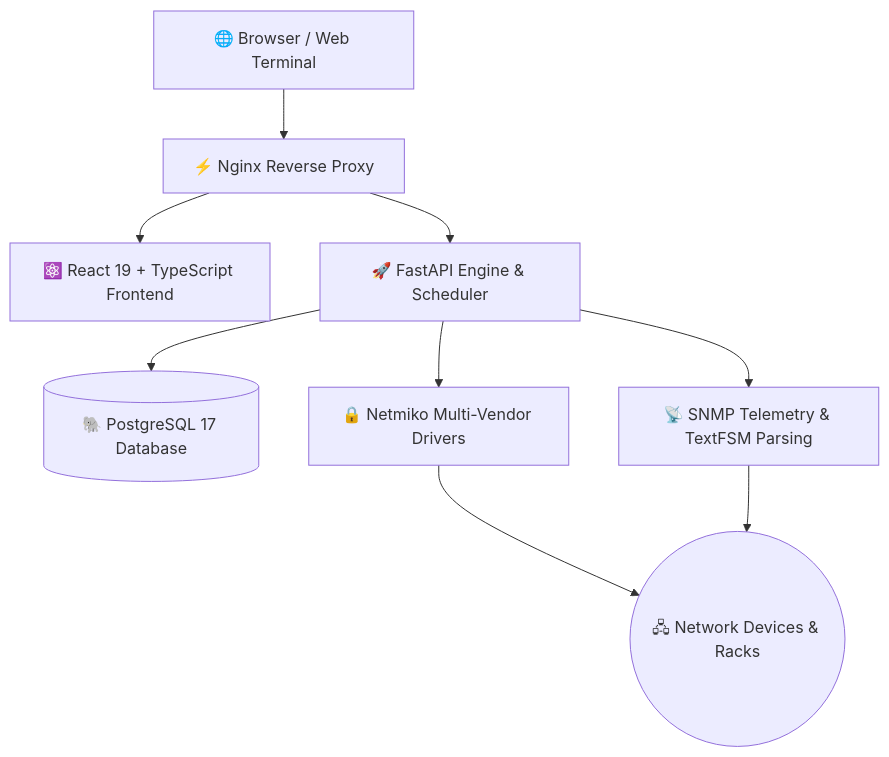
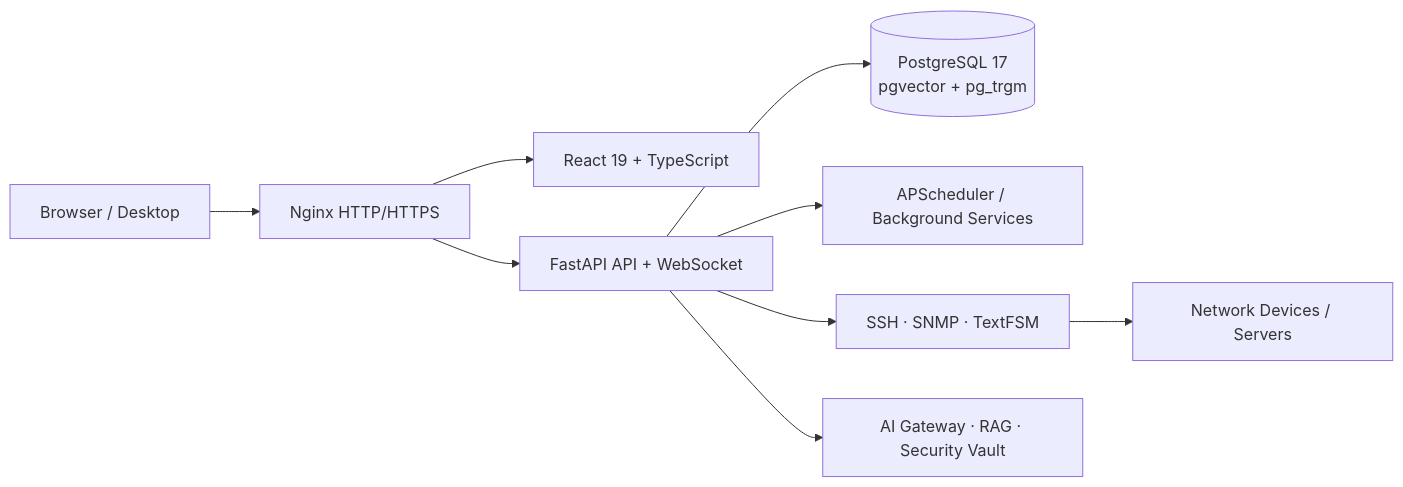
One commit to libing28390-sketch/Release-netops changed the diagram in README.md. Above: the diagram before and after it, drawn with Mermaid. The commit also changed other lines of this file, not shown here.

````diff
--- a/README.md
+++ b/README.md
@@ -133,11 +58,11 @@
 ```mermaid
-flowchart TD
-    Browser["🌐 Browser / Web Terminal"] --> Nginx["⚡ Nginx Reverse Proxy"]
-    Nginx --> React["⚛️ React 19 + TypeScript Frontend"]
-    Nginx --> FastAPI["🚀 FastAPI Engine & Scheduler"]
-    FastAPI --> PostgreSQL[("🐘 PostgreSQL 17 Database")]
-    FastAPI --> SSH["🔒 Netmiko Multi-Vendor Drivers"]
-    FastAPI --> SNMP["📡 SNMP Telemetry & TextFSM Parsing"]
-    SSH --> Network(("🖧 Network Devices & Racks"))
-    SNMP --> Network
+flowchart LR
+    User[Browser / Desktop] --> Nginx[Nginx HTTP/HTTPS]
+    Nginx --> Web[React 19 + TypeScript]
+    Nginx --> API[FastAPI API + WebSocket]
+    API --> DB[(PostgreSQL 17<br/>pgvector + pg_trgm)]
+    API --> Scheduler[APScheduler / Background Services]
+    API --> Drivers[SSH · SNMP · TextFSM]
+    API --> AI[AI Gateway · RAG · Security Vault]
+    Drivers --> Devices[Network Devices / Servers]
 ```
````
